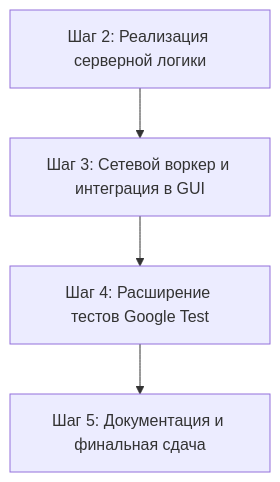
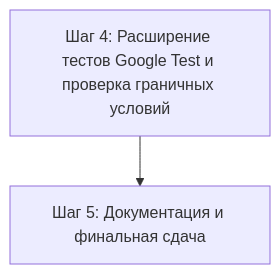
Before and after one commit to MuhachevaPolina/rabbitmq-qt-client-server: the second of 2 diagrams in README.md, drawn with Mermaid. The commit also changed other lines of this file and 15 other files, not shown here.

````diff
--- a/README.md
+++ b/README.md
@@ -132,6 +195,4 @@
 ```mermaid
 graph TD
-    S2[Шаг 2: Реализация серверной логики] --> S3[Шаг 3: Сетевой воркер и интеграция в GUI]
-    S3 --> S4[Шаг 4: Расширение тестов Google Test]
-    S4 --> S5[Шаг 5: Документация и финальная сдача]
+    S4[Шаг 4: Расширение тестов Google Test и проверка граничных условий] --> S5[Шаг 5: Документация и финальная сдача]
 ```
````
